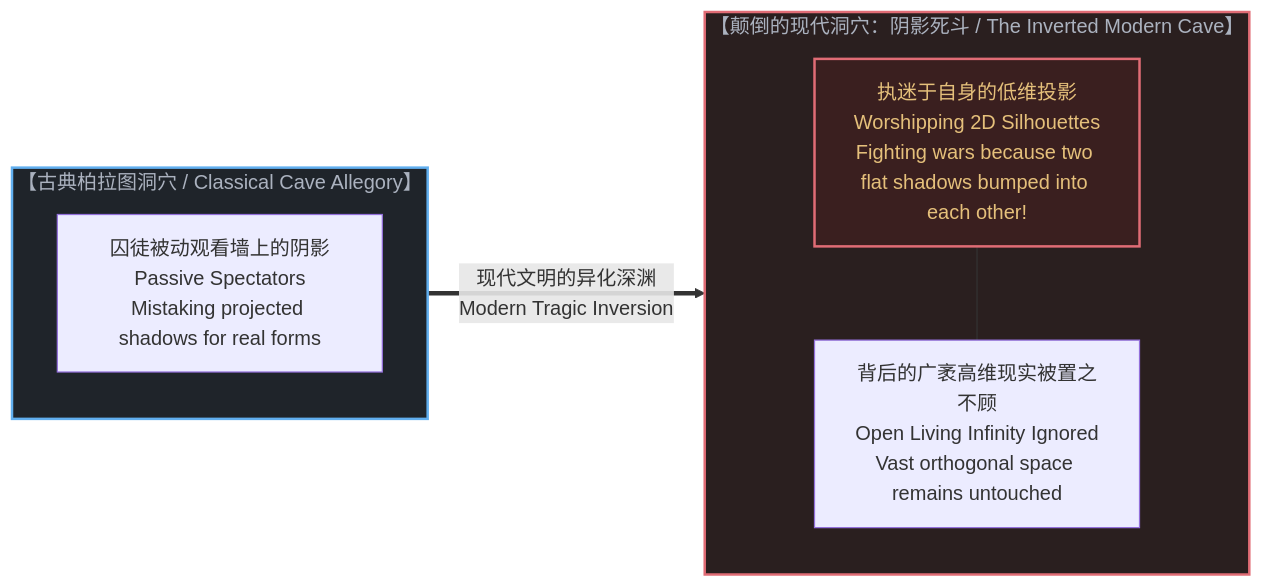
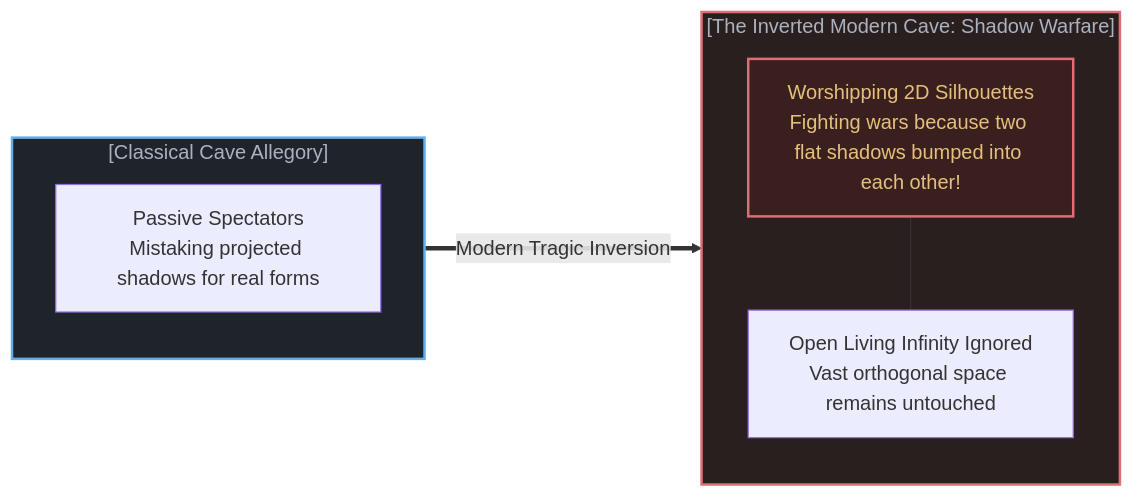
The eighth of 10 diagrams in content/posts/the-shadow-and-the-infinite.md (powerpig99/not-a-toe), drawn with Mermaid before and after one commit. The commit also changed other lines of this file and 7 other files, not shown here.

````diff
--- a/content/posts/the-shadow-and-the-infinite.md
+++ b/content/posts/the-shadow-and-the-infinite.md
@@ -190,18 +287,18 @@
 ```mermaid
 graph LR
-    subgraph PlatoOriginal["【古典柏拉图洞穴 / Classical Cave Allegory】"]
-        PrisonerA["囚徒被动观看墙上的阴影<br>Passive Spectators<br>Mistaking projected shadows for real forms"]
+    subgraph PlatoOriginal["[Classical Cave Allegory]"]
+        PrisonerA["Passive Spectators<br>Mistaking projected shadows for real forms"]
     end
 
-    subgraph InvertedCave["【颠倒的现代洞穴：阴影死斗 / The Inverted Modern Cave】"]
-        ShadowClash["执迷于自身的低维投影<br>Worshipping 2D Silhouettes<br>Fighting wars because two flat shadows bumped into each other!"]
-        IgnoredInfinity["背后的广袤高维现实被置之不顾<br>Open Living Infinity Ignored<br>Vast orthogonal space remains untouched"]
+    subgraph InvertedCave["[The Inverted Modern Cave: Shadow Warfare]"]
+        ShadowClash["Worshipping 2D Silhouettes<br>Fighting wars because two flat shadows bumped into each other!"]
+        IgnoredInfinity["Open Living Infinity Ignored<br>Vast orthogonal space remains untouched"]
         ShadowClash --- IgnoredInfinity
     end
 
-    PlatoOriginal ==>|"现代文明的异化深渊<br>Modern Tragic Inversion"| InvertedCave
+    PlatoOriginal ==>|"Modern Tragic Inversion"| InvertedCave
 
     style PlatoOriginal fill:#1f242a,stroke:#61afef,stroke-width:2px,color:#abb2bf
     style InvertedCave fill:#2a1f1f,stroke:#e06c75,stroke-width:2px,color:#abb2bf
     style ShadowClash fill:#3a1f1f,stroke:#e06c75,stroke-width:2px,color:#e5c07b
 ```
````
